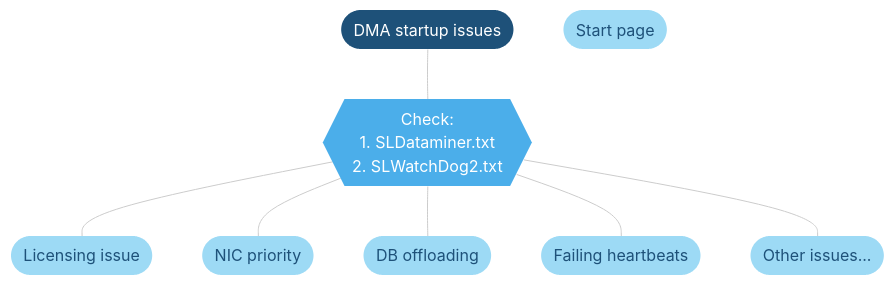
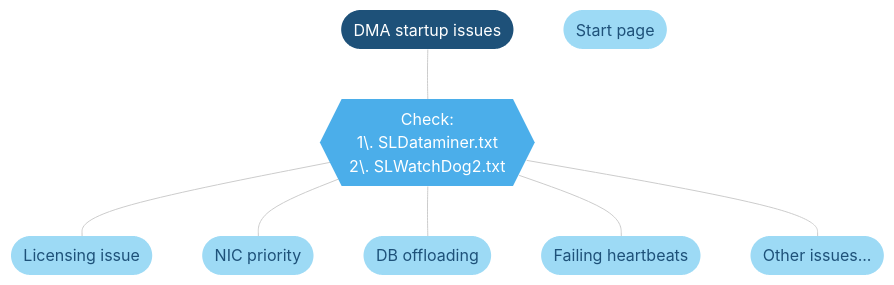
The diagram in user-guide/Troubleshooting/Troubleshooting_Flowcharts/Troubleshooting_Startup_Issues.md (SkylineCommunications/dataminer-docs), drawn with Mermaid before and after one commit. The commit also changed 21 other files, not shown here.

````diff
--- a/user-guide/Troubleshooting/Troubleshooting_Flowcharts/Troubleshooting_Startup_Issues.md
+++ b/user-guide/Troubleshooting/Troubleshooting_Flowcharts/Troubleshooting_Startup_Issues.md
@@ -10,33 +10,33 @@
 ```mermaid
 flowchart TD
 %% Define styles %%
 linkStyle default stroke:#cccccc
 classDef classTerminal fill:#1e5179,stroke:#1e5179,color:#ffffff,stroke-width:0px;
 classDef classDecision fill:#4baeea,stroke:#4baeea,color:#ffffff,stroke-width:0px;
 classDef classExternalRef fill:#9ddaf5,stroke:#9ddaf5,color:#1E5179,stroke-width:0px;
 classDef classActionClickable fill:#999999,stroke:#999999,color:#ffffff,stroke-width:0px;
 classDef classAction fill:#dddddd,stroke:#dddddd,color:#1E5179,stroke-width:0px;
 classDef classSolution fill:#58595b,stroke:#58595b,color:#ffffff,stroke-width:0px;
 %% Define blocks %%
    START([DMA startup issues])
    HOME([Start page])
-   CHECK1{{Check: <br>1. SLDataminer.txt <br>2. SLWatchDog2.txt}}
+   CHECK1{{Check: <br>1\. SLDataminer.txt <br>2\. SLWatchDog2.txt}}
    licensing([Licensing issue])
    nicpriority([NIC priority])
    dbOffloading([DB offloading])
    failingHeartbeats([Failing heartbeats])
    others([Other issues...])
 %% Connect blocks %%
    START --- CHECK1
    CHECK1 --- licensing
    CHECK1 --- nicpriority
    CHECK1 --- dbOffloading
    CHECK1 --- failingHeartbeats
    CHECK1 --- others
 %% Define hyperlinks %%
    click HOME "/user-guide/Troubleshooting/Troubleshooting_Flowcharts/Finding_a_Root_Cause.html"
 %% Apply styles to blocks %%
 class START classTerminal;
 class CHECK1 classDecision;
 class HOME,licensing,nicpriority,dbOffloading,failingHeartbeats,others classExternalRef;
 ```
````
